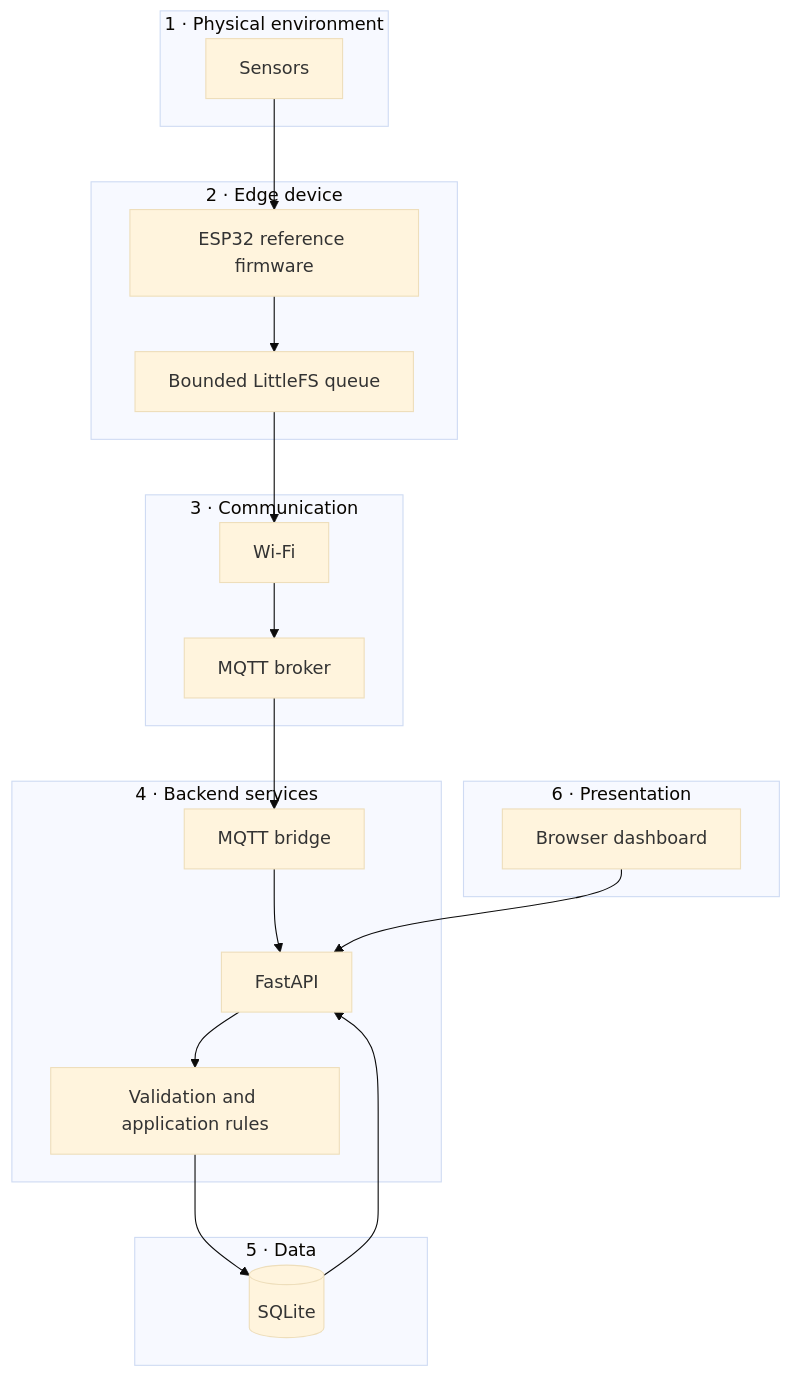
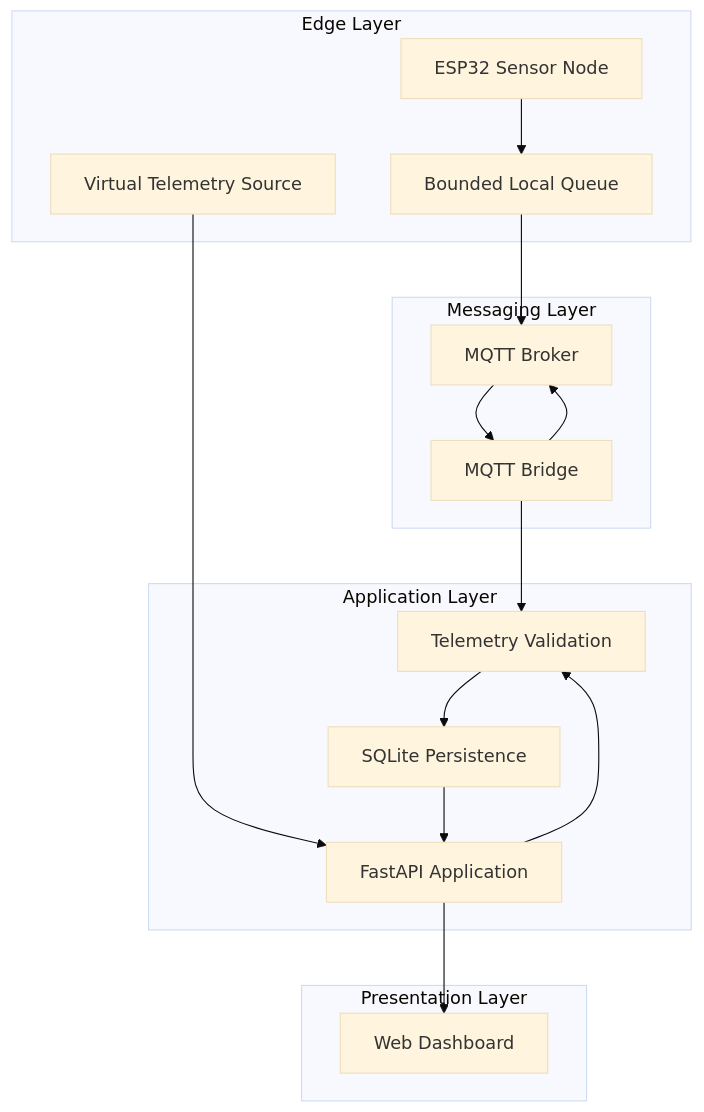
One commit to chamanvashishth/MW-SENSE changed the diagram in README.md. Above: the diagram before and after it, drawn with Mermaid (base theme). The commit also changed other lines of this file, not shown here.

````diff
--- a/README.md
+++ b/README.md
@@ -101,34 +47,34 @@
 ```mermaid
-flowchart TB
-  subgraph Field["1 · Physical environment"]
-    S["Sensors"]
-  end
-  subgraph Edge["2 · Edge device"]
-    E["ESP32 reference firmware"]
-    Q["Bounded LittleFS queue"]
-    E --> Q
-  end
-  subgraph Transport["3 · Communication"]
-    W["Wi-Fi"]
-    M["MQTT broker"]
-    W --> M
-  end
-  subgraph Services["4 · Backend services"]
-    B["MQTT bridge"]
-    A["FastAPI"]
-    V["Validation and application rules"]
-    B --> A --> V
-  end
-  subgraph Persistence["5 · Data"]
-    DB[("SQLite")]
-    V --> DB
-  end
-  subgraph Client["6 · Presentation"]
-    UI["Browser dashboard"]
-    UI --> A
-    DB --> A
-  end
-  S --> E
-  Q --> W
-  M --> B
+flowchart TD
+    subgraph Edge["Edge Layer"]
+        ESP["ESP32 Sensor Node"]
+        Queue["Bounded Local Queue"]
+        Virtual["Virtual Telemetry Source"]
+    end
+
+    subgraph Messaging["Messaging Layer"]
+        MQTT["MQTT Broker"]
+        Bridge["MQTT Bridge"]
+    end
+
+    subgraph Backend["Application Layer"]
+        API["FastAPI Application"]
+        Validation["Telemetry Validation"]
+        Persistence["SQLite Persistence"]
+    end
+
+    subgraph Presentation["Presentation Layer"]
+        Dashboard["Web Dashboard"]
+    end
+
+    ESP --> Queue
+    Queue --> MQTT
+    Virtual --> API
+    MQTT --> Bridge
+    Bridge --> Validation
+    API --> Validation
+    Validation --> Persistence
+    Persistence --> API
+    API --> Dashboard
+    Bridge --> MQTT
 ```
````
